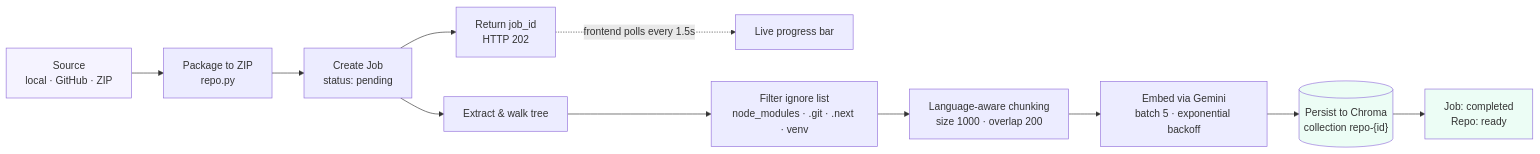
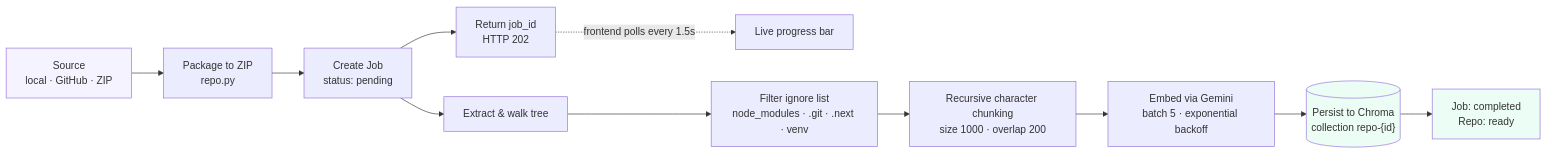
One commit to AlieenBotrishabh/codepilot changed the second of 5 diagrams in README.md. Above: the diagram before and after it, drawn with Mermaid. The commit also changed 9 other files, not shown here.

````diff
--- a/README.md
+++ b/README.md
@@ -106,18 +106,18 @@
 ```mermaid
 flowchart LR
     A["Source<br/>local · GitHub · ZIP"] --> B["Package to ZIP<br/>repo.py"]
     B --> C["Create Job<br/>status: pending"]
     C --> D["Return job_id<br/>HTTP 202"]
     D -.->|"frontend polls every 1.5s"| J["Live progress bar"]
 
     C --> E["Extract & walk tree"]
     E --> F["Filter ignore list<br/>node_modules · .git · .next · venv"]
-    F --> G["Language-aware chunking<br/>size 1000 · overlap 200"]
+    F --> G["Recursive character chunking<br/>size 1000 · overlap 200"]
     G --> H["Embed via Gemini<br/>batch 5 · exponential backoff"]
     H --> I[("Persist to Chroma<br/>collection repo-{id}")]
     I --> K["Job: completed<br/>Repo: ready"]
 
     style A fill:#f5f3ff
     style I fill:#ecfdf5
     style K fill:#ecfdf5
 ```
````
